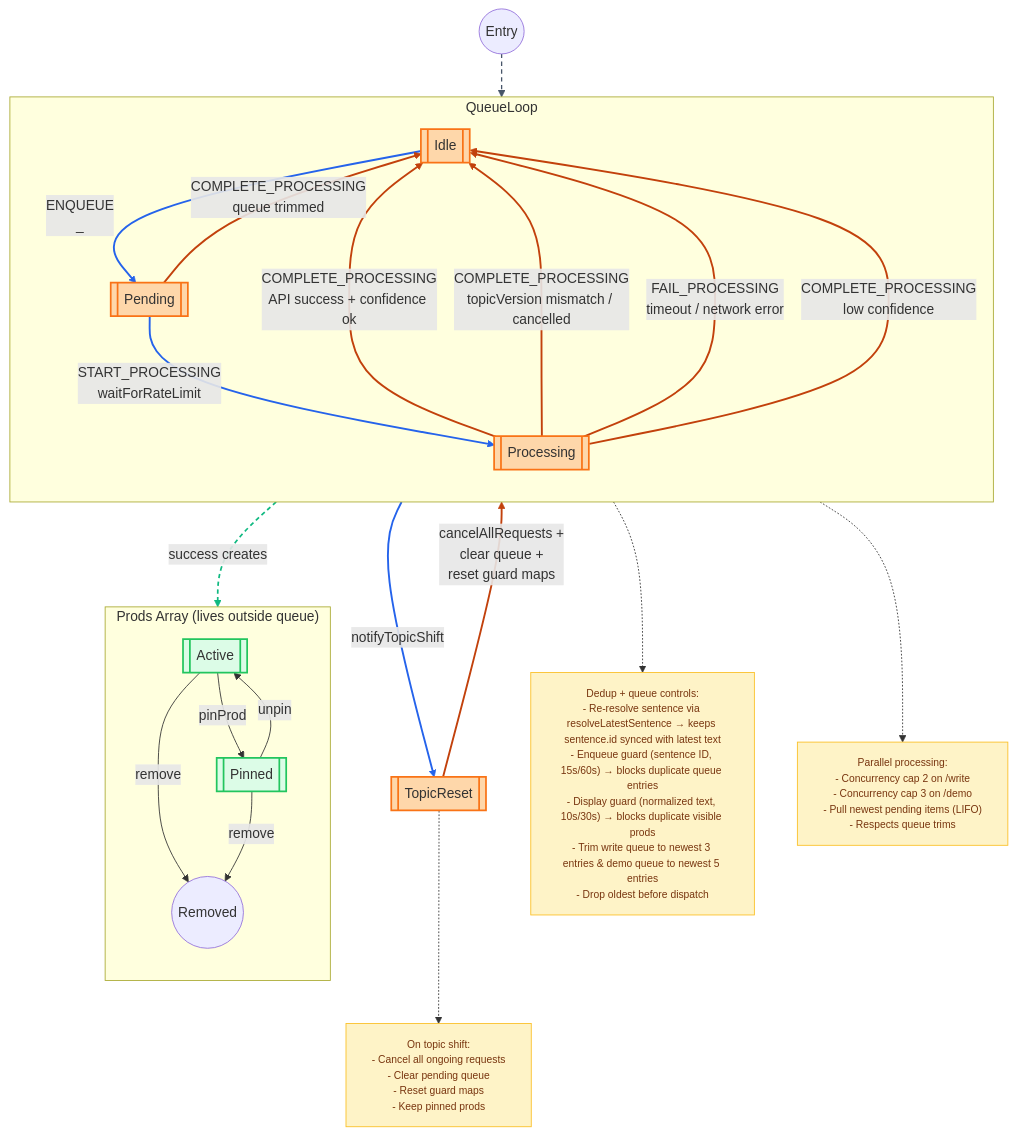
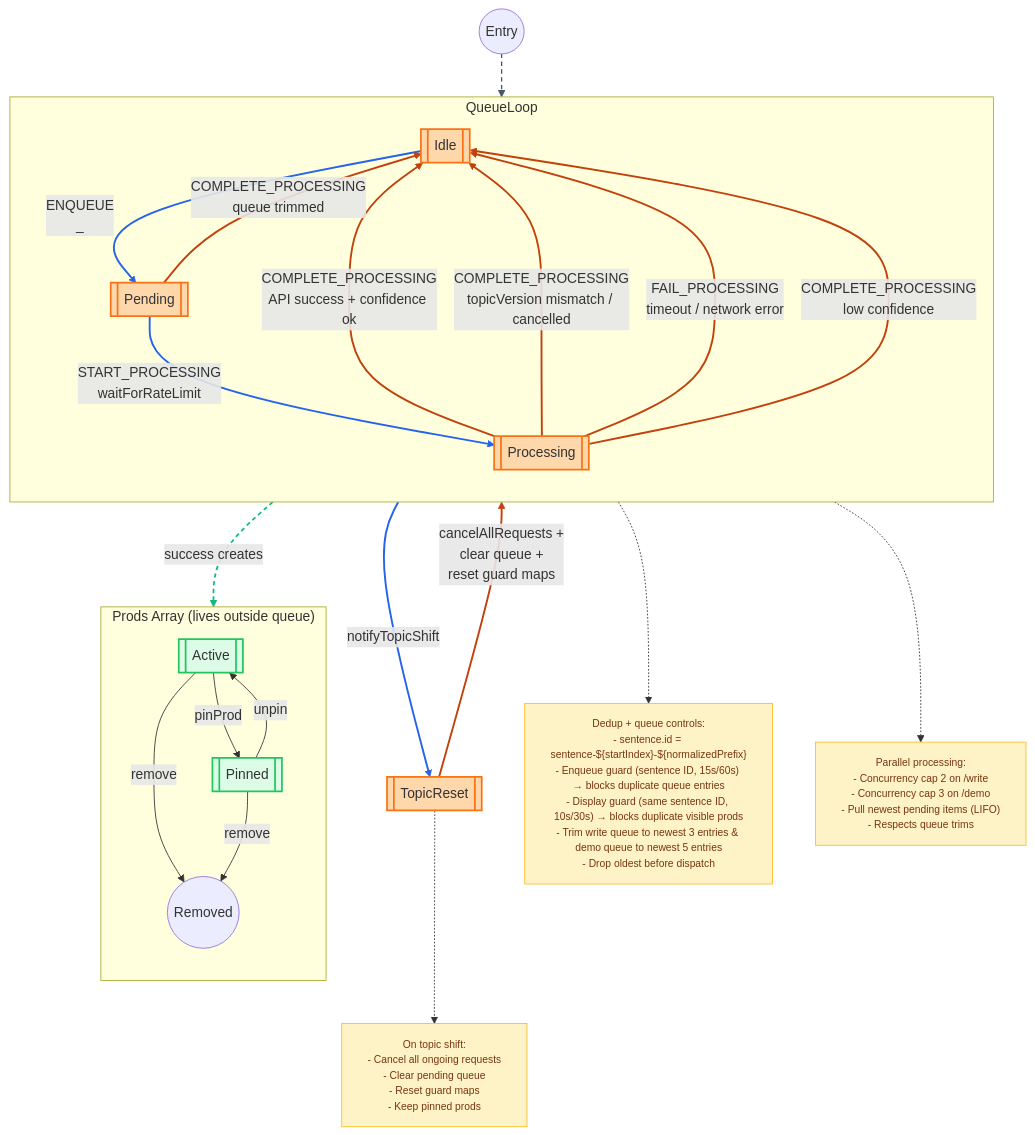
Before and after one commit to andreicstoica/refract: the diagram in docs/diagrams/prod-queue.mmd, drawn with Mermaid. The commit also changed 4 other files, not shown here.

```diff
--- a/docs/diagrams/prod-queue.mmd
+++ b/docs/diagrams/prod-queue.mmd
@@ -1,56 +1,56 @@
 flowchart TB
   classDef note fill:#fef3c7,color:#78350f,stroke:#fbbf24,font-size:12px
   classDef queueClass fill:#fed7aa,stroke:#f97316,stroke-width:2px
   classDef stateClass fill:#dcfce7,stroke:#22c55e,stroke-width:2px
 
   subgraph QueueLoop [QueueLoop]
     direction TB
     Idle[[Idle]]
     Pending[[Pending]]
     Processing[[Processing]]
   end
 
   TopicReset[[TopicReset]]
 
   Entry((Entry)) --> Idle
   Idle -->|ENQUEUE<br>_| Pending
   Pending -->|COMPLETE_PROCESSING<br>queue trimmed| Idle
   Pending -->|START_PROCESSING<br>waitForRateLimit| Processing
   Processing -->|COMPLETE_PROCESSING<br>API success + confidence ok| Idle
   Processing -->|COMPLETE_PROCESSING<br>topicVersion mismatch / cancelled| Idle
   Processing -->|FAIL_PROCESSING<br>timeout / network error| Idle
   Processing -->|COMPLETE_PROCESSING<br>low confidence| Idle
   Idle -->|notifyTopicShift| TopicReset
   TopicReset -->|cancelAllRequests +<br>clear queue +<br>reset guard maps| Idle
   Processing -.->|success creates| ProdsActive
 
   linkStyle 0 stroke:#475569,stroke-width:1.5px,stroke-dasharray:5 4;
   linkStyle 1 stroke:#2563eb,stroke-width:2.2px;
   linkStyle 2 stroke:#c2410c,stroke-width:2.2px;
   linkStyle 3 stroke:#2563eb,stroke-width:2.2px;
   linkStyle 4 stroke:#c2410c,stroke-width:2.2px;
   linkStyle 5 stroke:#c2410c,stroke-width:2.2px;
   linkStyle 6 stroke:#c2410c,stroke-width:2.2px;
   linkStyle 7 stroke:#c2410c,stroke-width:2.2px;
   linkStyle 8 stroke:#2563eb,stroke-width:2.2px;
   linkStyle 9 stroke:#c2410c,stroke-width:2.2px;
   linkStyle 10 stroke:#10b981,stroke-width:2px,stroke-dasharray:5 4;
 
-  Pending -.-> PendingNote["Dedup + queue controls:<br>- Re-resolve sentence via resolveLatestSentence → keeps sentence.id synced with latest text<br>- Enqueue guard (sentence ID, 15s/60s) → blocks duplicate queue entries<br>- Display guard (normalized text, 10s/30s) → blocks duplicate visible prods<br>- Trim write queue to newest 3 entries & demo queue to newest 5 entries<br>- Drop oldest before dispatch"]:::note
+  Pending -.-> PendingNote["Dedup + queue controls:<br>- sentence.id = sentence-${startIndex}-${normalizedPrefix}<br>- Enqueue guard (sentence ID, 15s/60s) → blocks duplicate queue entries<br>- Display guard (same sentence ID, 10s/30s) → blocks duplicate visible prods<br>- Trim write queue to newest 3 entries & demo queue to newest 5 entries<br>- Drop oldest before dispatch"]:::note
   
   Processing -.-> ProcessingNote["Parallel processing:<br>- Concurrency cap 2 on /write<br>- Concurrency cap 3 on /demo<br>- Pull newest pending items (LIFO)<br>- Respects queue trims"]:::note
   
   TopicReset -.-> TopicNote["On topic shift:<br>- Cancel all ongoing requests<br>- Clear pending queue<br>- Reset guard maps<br>- Keep pinned prods"]:::note
 
   subgraph ProdsArray ["Prods Array (lives outside queue)"]
     direction TB
     ProdsActive[[Active]]
     ProdsPinned[[Pinned]]
     ProdsActive -->|pinProd| ProdsPinned
     ProdsPinned -->|unpin| ProdsActive
     ProdsActive -->|remove| ProdsEnd((Removed))
     ProdsPinned -->|remove| ProdsEnd
   end
   
   class Idle,Pending,Processing,TopicReset queueClass
   class ProdsActive,ProdsPinned stateClass
```
